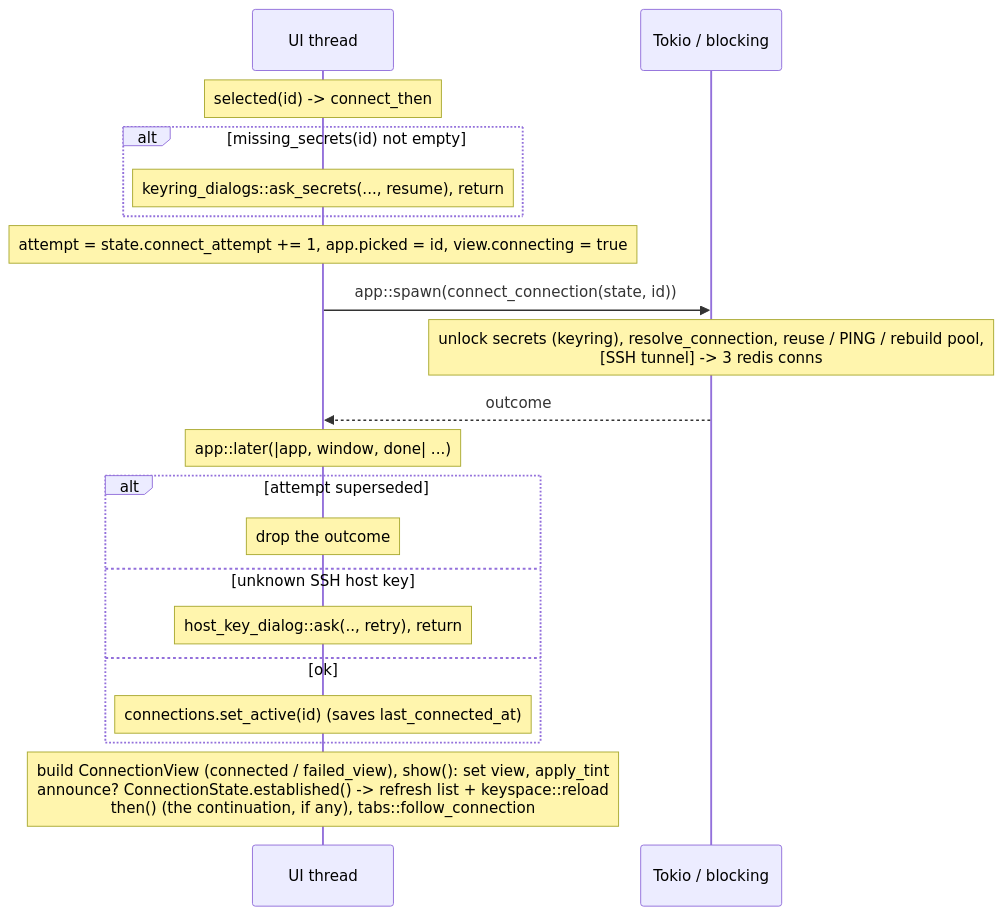
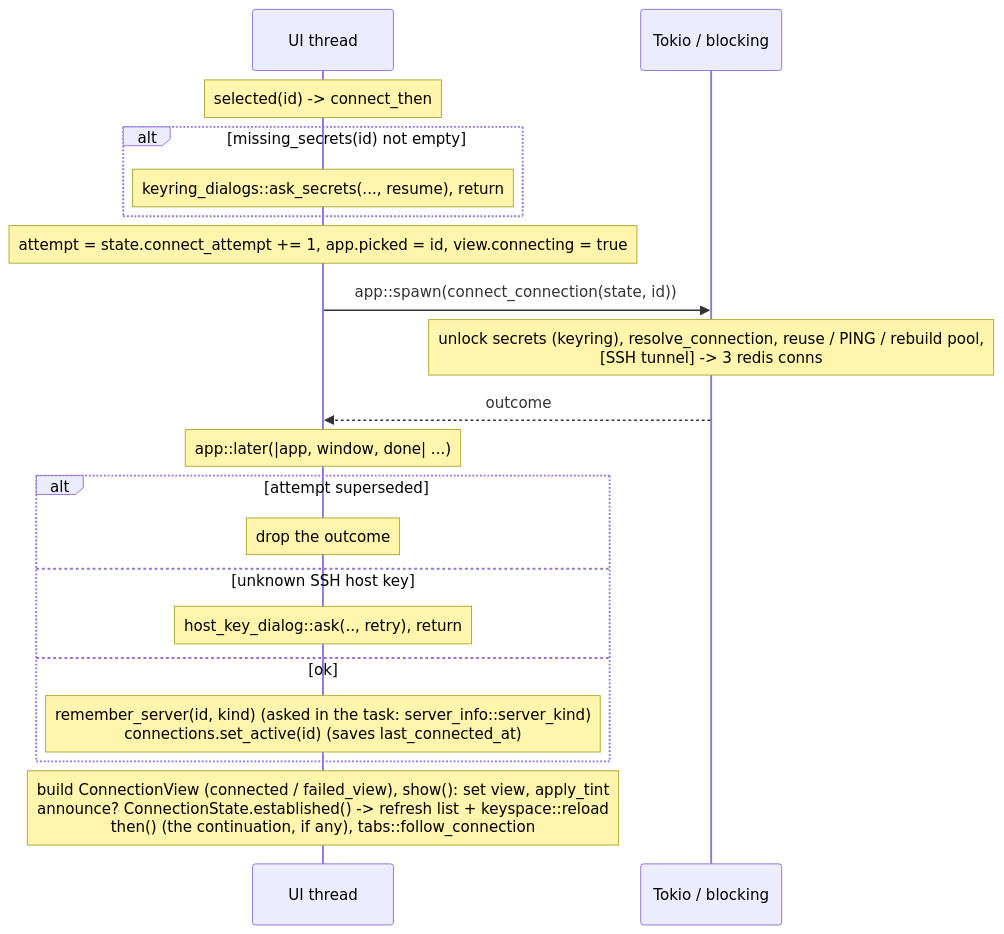
Before and after one commit to iRed4321/Cachemire: the first of 2 diagrams in crates/cachemire/wiki/connections.md, drawn with Mermaid. The commit also changed other lines of this file and 29 other files, not shown here.

````diff
--- a/crates/cachemire/wiki/connections.md
+++ b/crates/cachemire/wiki/connections.md
@@ -54,22 +54,22 @@
 ```mermaid
 sequenceDiagram
     participant U as UI thread
     participant T as Tokio / blocking
     Note over U: selected(id) -> connect_then
     alt missing_secrets(id) not empty
         Note over U: keyring_dialogs::ask_secrets(..., resume), return
     end
     Note over U: attempt = state.connect_attempt += 1, app.picked = id, view.connecting = true
     U->>T: app::spawn(connect_connection(state, id))
     Note over T: unlock secrets (keyring), resolve_connection, reuse / PING / rebuild pool,<br/>[SSH tunnel] -> 3 redis conns
     T-->>U: outcome
     Note over U: app::later(|app, window, done| ...)
     alt attempt superseded
         Note over U: drop the outcome
     else unknown SSH host key
         Note over U: host_key_dialog::ask(.., retry), return
     else ok
-        Note over U: connections.set_active(id) (saves last_connected_at)
+        Note over U: remember_server(id, kind) (asked in the task: server_info::server_kind)<br/>connections.set_active(id) (saves last_connected_at)
     end
     Note over U: build ConnectionView (connected / failed_view), show(): set view, apply_tint<br/>announce? ConnectionState.established() -> refresh list + keyspace::reload<br/>then() (the continuation, if any), tabs::follow_connection
 ```
````
